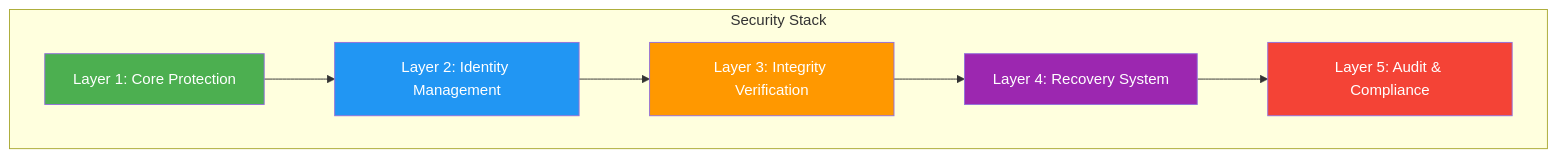
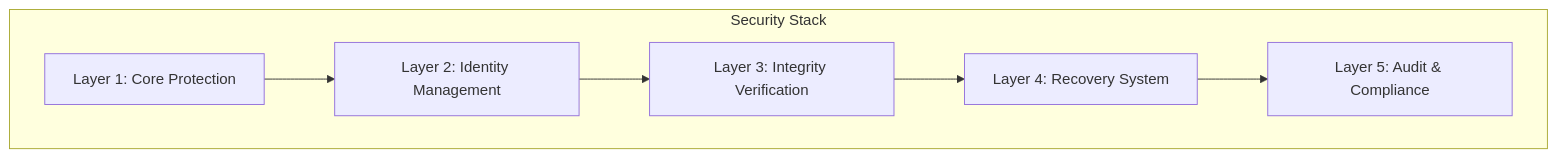
The fourth of 5 diagrams in README.md (Thunder9954/Markush_FECS), drawn with Mermaid before and after one commit. The commit also changed other lines of this file, not shown here.

````diff
--- a/README.md
+++ b/README.md
@@ -154,21 +135,15 @@
 ```mermaid
 graph TB
     subgraph "Security Stack"
         S1[Layer 1: Core Protection]
         S2[Layer 2: Identity Management]
         S3[Layer 3: Integrity Verification]
         S4[Layer 4: Recovery System]
         S5[Layer 5: Audit & Compliance]
     end
     
     S1 --> S2
     S2 --> S3
     S3 --> S4
     S4 --> S5
-    
-    style S1 fill:#4CAF50,color:#fff
-    style S2 fill:#2196F3,color:#fff
-    style S3 fill:#FF9800,color:#fff
-    style S4 fill:#9C27B0,color:#fff
-    style S5 fill:#F44336,color:#fff
 ```
````
